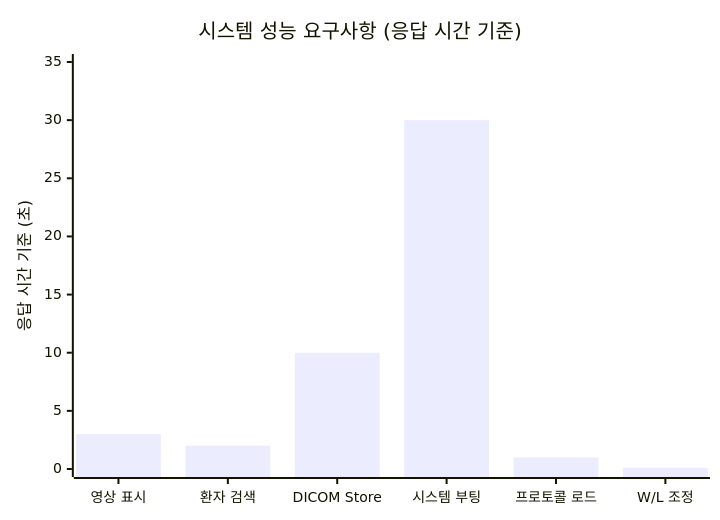
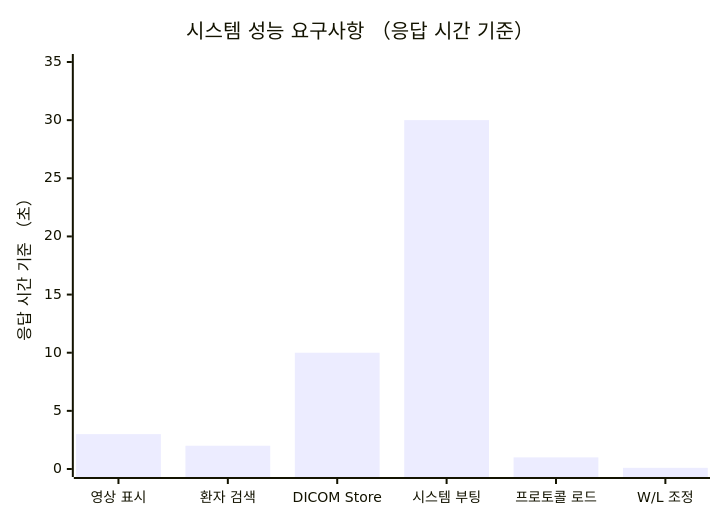
Before and after one commit to holee9/console-gui: the sixth of 11 diagrams in docs/verification/DOC-011_VV_Master_Plan_v1.0.md, drawn with Mermaid. The commit also changed other lines of this file and 19 other files, not shown here.

First line of the commit message:
fix: quadrantChart/pie/timeline 등 비flowchart 차트 파싱 오류 전면 수정

````diff
--- a/docs/verification/DOC-011_VV_Master_Plan_v1.0.md
+++ b/docs/verification/DOC-011_VV_Master_Plan_v1.0.md
@@ -456,7 +456,7 @@
 ```mermaid
 xychart-beta
-    title "시스템 성능 요구사항 (응답 시간 기준)"
+    title "시스템 성능 요구사항 （응답 시간 기준）"
     x-axis ["영상 표시", "환자 검색", "DICOM Store", "시스템 부팅", "프로토콜 로드", "W/L 조정"]
-    y-axis "응답 시간 기준 (초)" 0 --> 35
+    y-axis "응답 시간 기준 （초）" 0 --> 35
     bar [3, 2, 10, 30, 1, 0.1]
 ```
````
